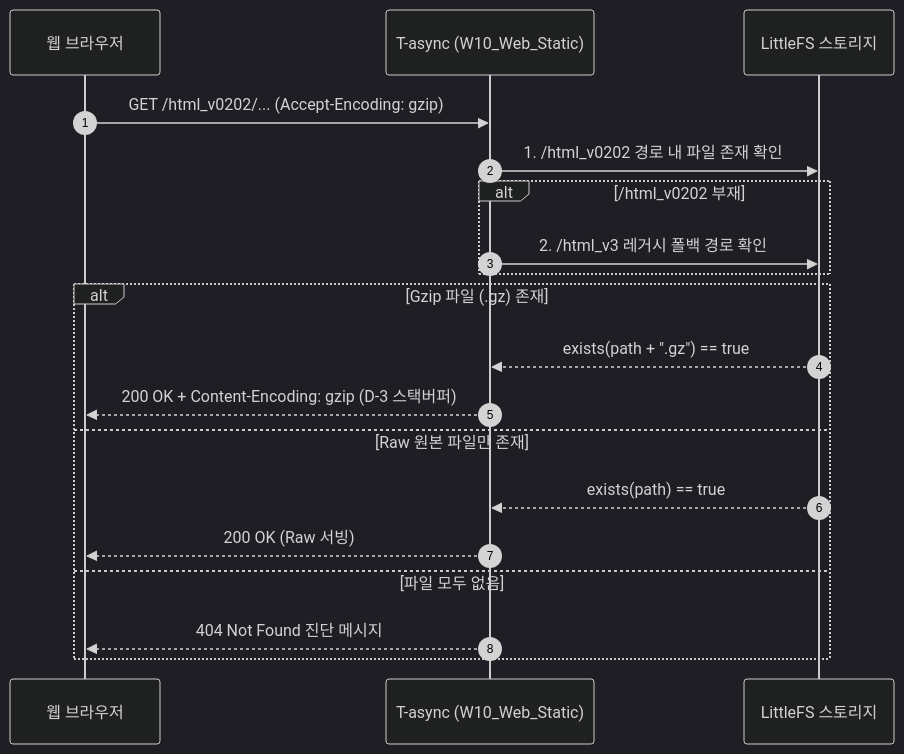
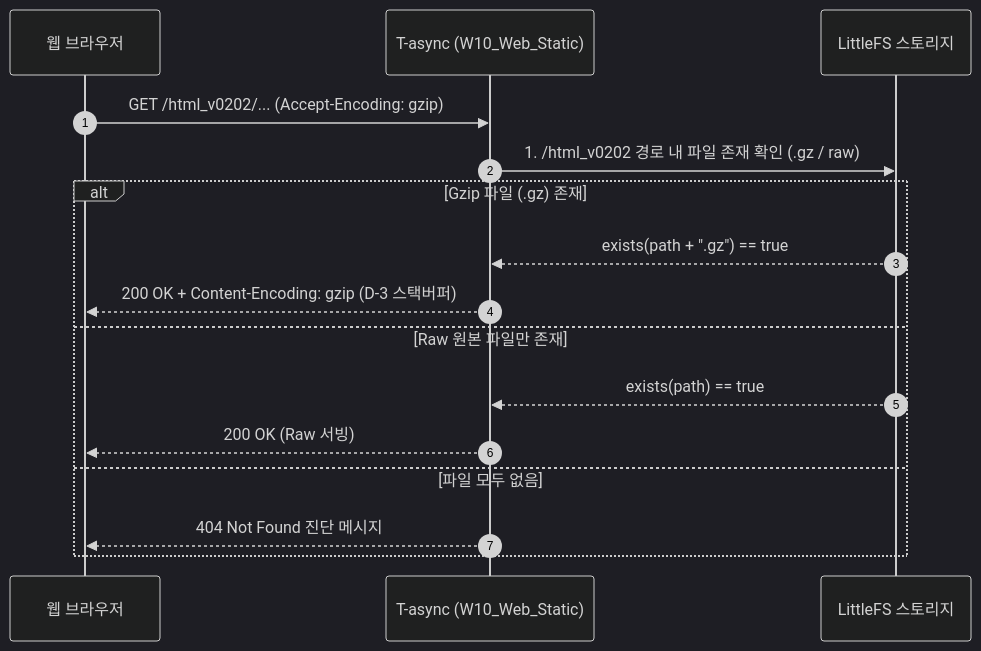
Before and after one commit to hosanglee-kr/SmartNatureWind_v002: diagram 11 of 11 in src/v0202/contract_doc_0202/FLOW_0202.md, drawn with Mermaid (dark theme). The commit also changed other lines of this file and 9 other files, not shown here.

Commit message:
docs(contract): Batch G 전 항목 동기화, index.html 통일 및 레거시 제거 계약 문서 현행화

````diff
--- a/src/v0202/contract_doc_0202/FLOW_0202.md
+++ b/src/v0202/contract_doc_0202/FLOW_0202.md
@@ -295,23 +310,20 @@
 ```mermaid
 sequenceDiagram
     autonumber
     participant B as 웹 브라우저
     participant W as T-async (W10_Web_Static)
     participant FS as LittleFS 스토리지
 
     B->>W: GET /html_v0202/... (Accept-Encoding: gzip)
-    W->>FS: 1. /html_v0202 경로 내 파일 존재 확인
-    alt /html_v0202 부재
-        W->>FS: 2. /html_v3 레거시 폴백 경로 확인
-    end
+    W->>FS: 1. /html_v0202 경로 내 파일 존재 확인 (.gz / raw)
 
     alt Gzip 파일 (.gz) 존재
         FS-->>W: exists(path + ".gz") == true
         W-->>B: 200 OK + Content-Encoding: gzip (D-3 스택버퍼)
     else Raw 원본 파일만 존재
         FS-->>W: exists(path) == true
         W-->>B: 200 OK (Raw 서빙)
     else 파일 모두 없음
         W-->>B: 404 Not Found 진단 메시지
     end
 ```
````
